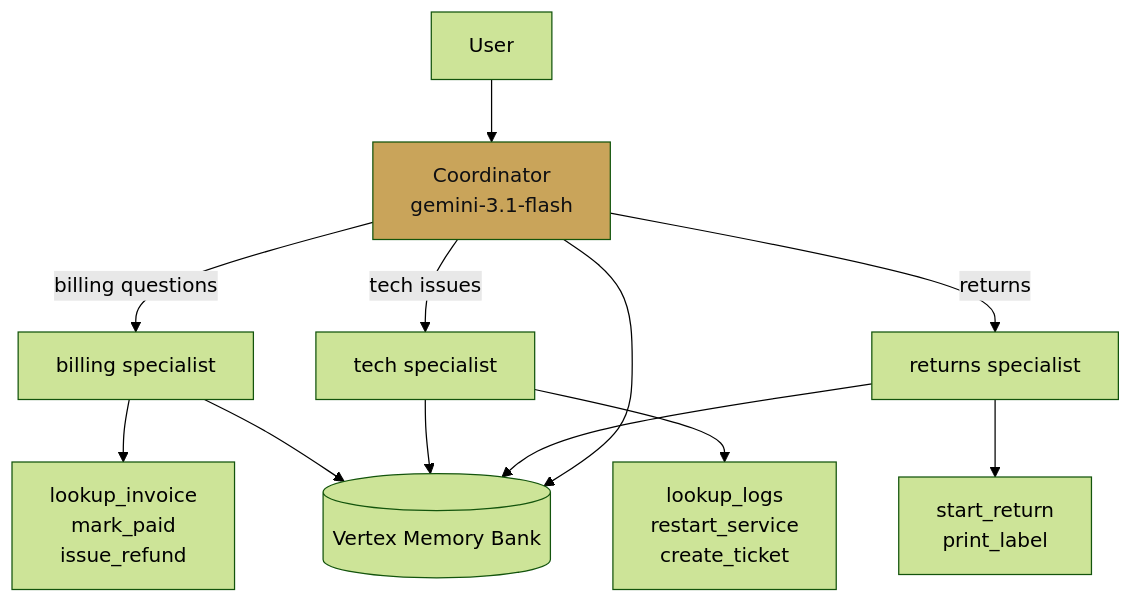
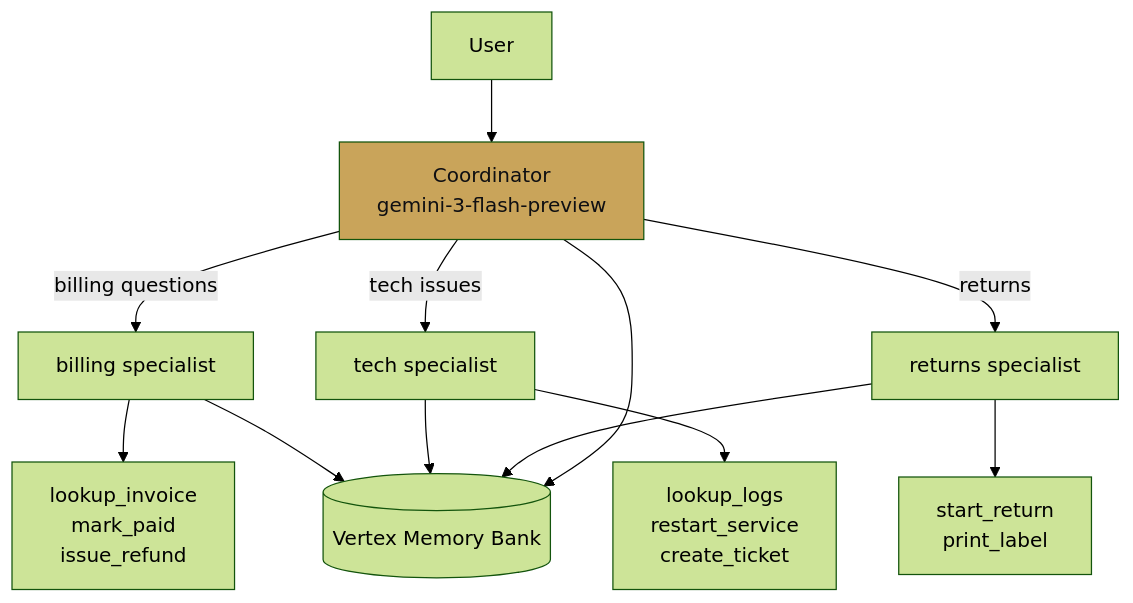
One commit to vmishra/Google-ADK-Cookbook changed the diagram in docs/18-case-studies/support-triage.md. Above: the diagram before and after it, drawn with Mermaid (forest theme). The commit also changed other lines of this file and 61 other files, not shown here.

````diff
--- a/docs/18-case-studies/support-triage.md
+++ b/docs/18-case-studies/support-triage.md
@@ -13,13 +13,13 @@
 ```mermaid
 flowchart TB
-  U[User] --> C[Coordinator<br/>gemini-3.1-flash]
+  U[User] --> C[Coordinator<br/>gemini-3-flash-preview]
   C -->|billing questions| B[billing specialist]
   C -->|tech issues| T[tech specialist]
   C -->|returns| R[returns specialist]
   B --> Tools1[lookup_invoice<br/>mark_paid<br/>issue_refund]
   T --> Tools2[lookup_logs<br/>restart_service<br/>create_ticket]
   R --> Tools3[start_return<br/>print_label]
   B & T & R --> MB[(Vertex Memory Bank)]
   C --> MB
   style C fill:#c9a45a,color:#0f0f12
 ```
````
